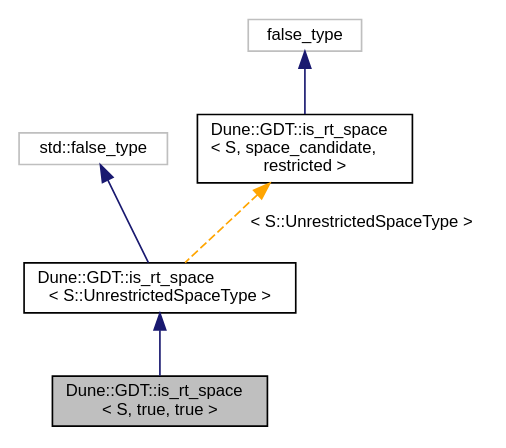
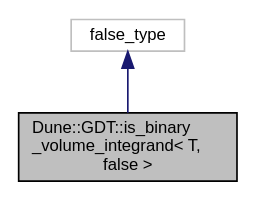
One commit to dune-community/dune-community.github.io changed the diagram in docs/dune-gdt/''/a03179.dot. Above: the diagram before and after it, drawn with Graphviz. The commit also changed 2442 other files, not shown here.

Commit message:
Updated documentation for dune-gdt ''

```diff
--- a/docs/dune-gdt/''/a03179.dot
+++ b/docs/dune-gdt/''/a03179.dot
@@ -1,14 +1,8 @@
-digraph "Dune::GDT::is_rt_space&lt; S, true, true &gt;"
+digraph "Dune::GDT::is_binary_volume_integrand&lt; T, false &gt;"
 {
   edge [fontname="Helvetica",fontsize="10",labelfontname="Helvetica",labelfontsize="10"];
   node [fontname="Helvetica",fontsize="10",shape=record];
-  Node0 [label="Dune::GDT::is_rt_space\l\< S, true, true \>",height=0.2,width=0.4,color="black", fillcolor="grey75", style="filled", fontcolor="black"];
+  Node0 [label="Dune::GDT::is_binary\l_volume_integrand\< T,\l false \>",height=0.2,width=0.4,color="black", fillcolor="grey75", style="filled", fontcolor="black"];
   Node1 -> Node0 [dir="back",color="midnightblue",fontsize="10",style="solid",fontname="Helvetica"];
-  Node1 [label="Dune::GDT::is_rt_space\l\< S::UnrestrictedSpaceType \>",height=0.2,width=0.4,color="black", fillcolor="white", style="filled",URL="$a03172.html"];
-  Node2 -> Node1 [dir="back",color="midnightblue",fontsize="10",style="solid",fontname="Helvetica"];
-  Node2 [label="std::false_type",height=0.2,width=0.4,color="grey75", fillcolor="white", style="filled"];
-  Node3 -> Node1 [dir="back",color="orange",fontsize="10",style="dashed",label=" \< S::UnrestrictedSpaceType \>" ,fontname="Helvetica"];
-  Node3 [label="Dune::GDT::is_rt_space\l\< S, space_candidate,\l restricted \>",height=0.2,width=0.4,color="black", fillcolor="white", style="filled",URL="$a03172.html"];
-  Node4 -> Node3 [dir="back",color="midnightblue",fontsize="10",style="solid",fontname="Helvetica"];
-  Node4 [label="false_type",height=0.2,width=0.4,color="grey75", fillcolor="white", style="filled"];
+  Node1 [label="false_type",height=0.2,width=0.4,color="grey75", fillcolor="white", style="filled"];
 }
```
